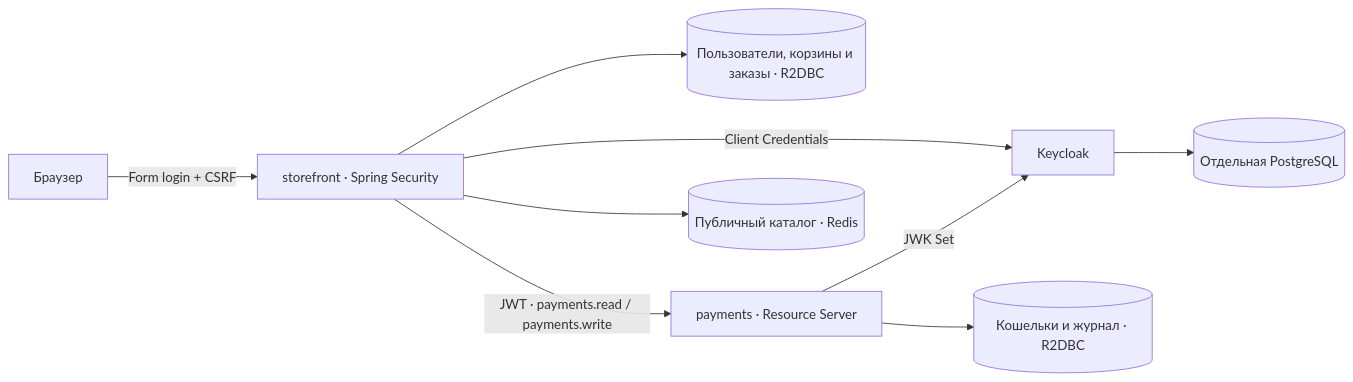
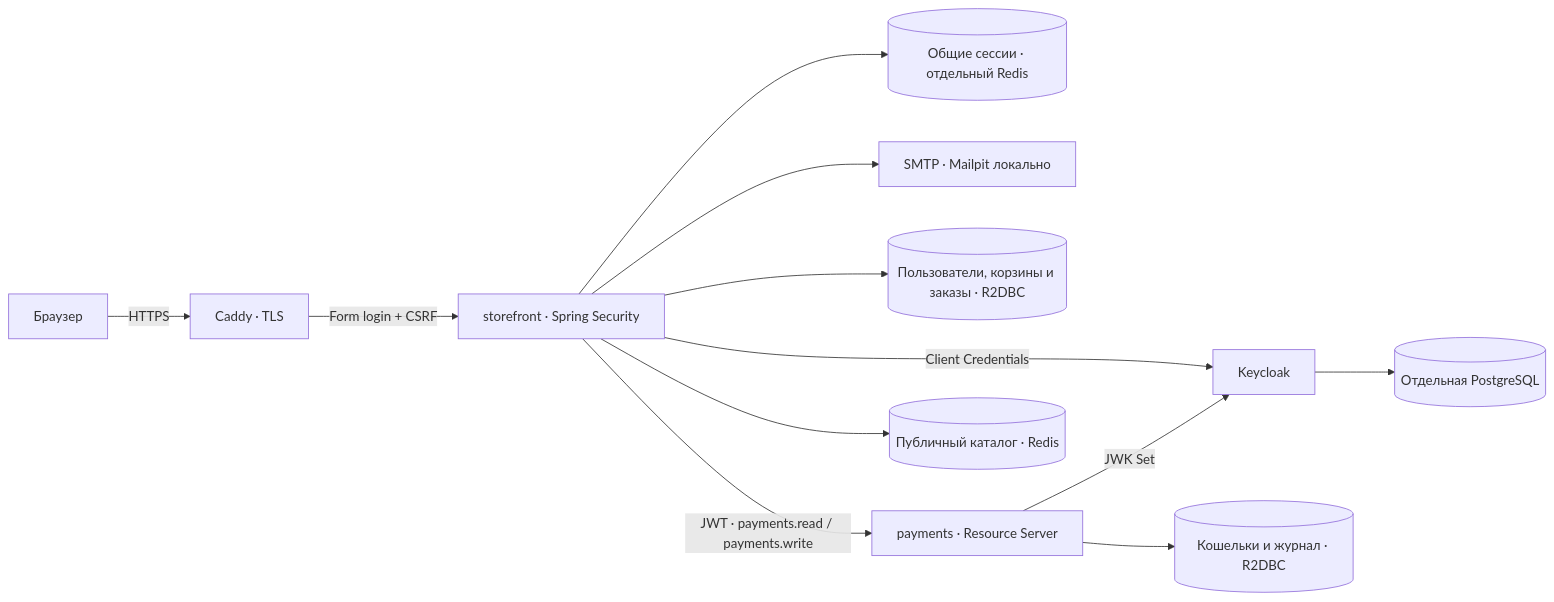
The diagram in projects/sprint08-security/README.md (principalwater/java-engineering-course), drawn with Mermaid before and after one commit. The commit also changed other lines of this file and 3 other files, not shown here.

Commit message:
SPRINT-08: document TLS sessions and account recovery

````diff
--- a/projects/sprint08-security/README.md
+++ b/projects/sprint08-security/README.md
@@ -11,11 +11,14 @@
 ```mermaid
 flowchart LR
-    Browser[Браузер] -->|Form login + CSRF| Store[storefront · Spring Security]
+    Browser[Браузер] -->|HTTPS| Gateway[Caddy · TLS]
+    Gateway -->|Form login + CSRF| Store[storefront · Spring Security]
+    Store --> Sessions[(Общие сессии · отдельный Redis)]
+    Store --> Mail[SMTP · Mailpit локально]
     Store --> Users[(Пользователи, корзины и заказы · R2DBC)]
     Store -->|Client Credentials| Auth[Keycloak]
     Auth --> AuthDB[(Отдельная PostgreSQL)]
     Store -->|JWT · payments.read / payments.write| Pay[payments · Resource Server]
     Pay -->|JWK Set| Auth
     Pay --> Wallets[(Кошельки и журнал · R2DBC)]
     Store --> Redis[(Публичный каталог · Redis)]
 ```
````
